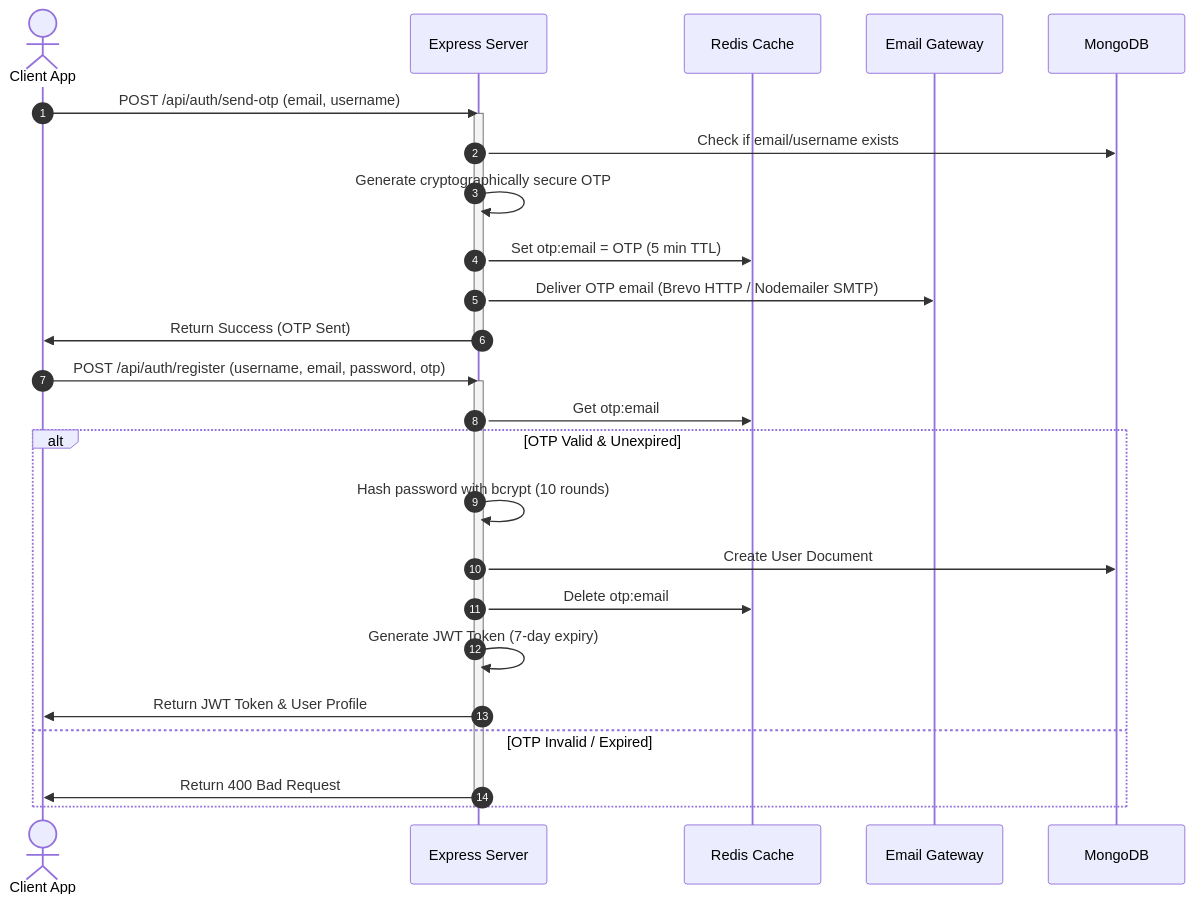
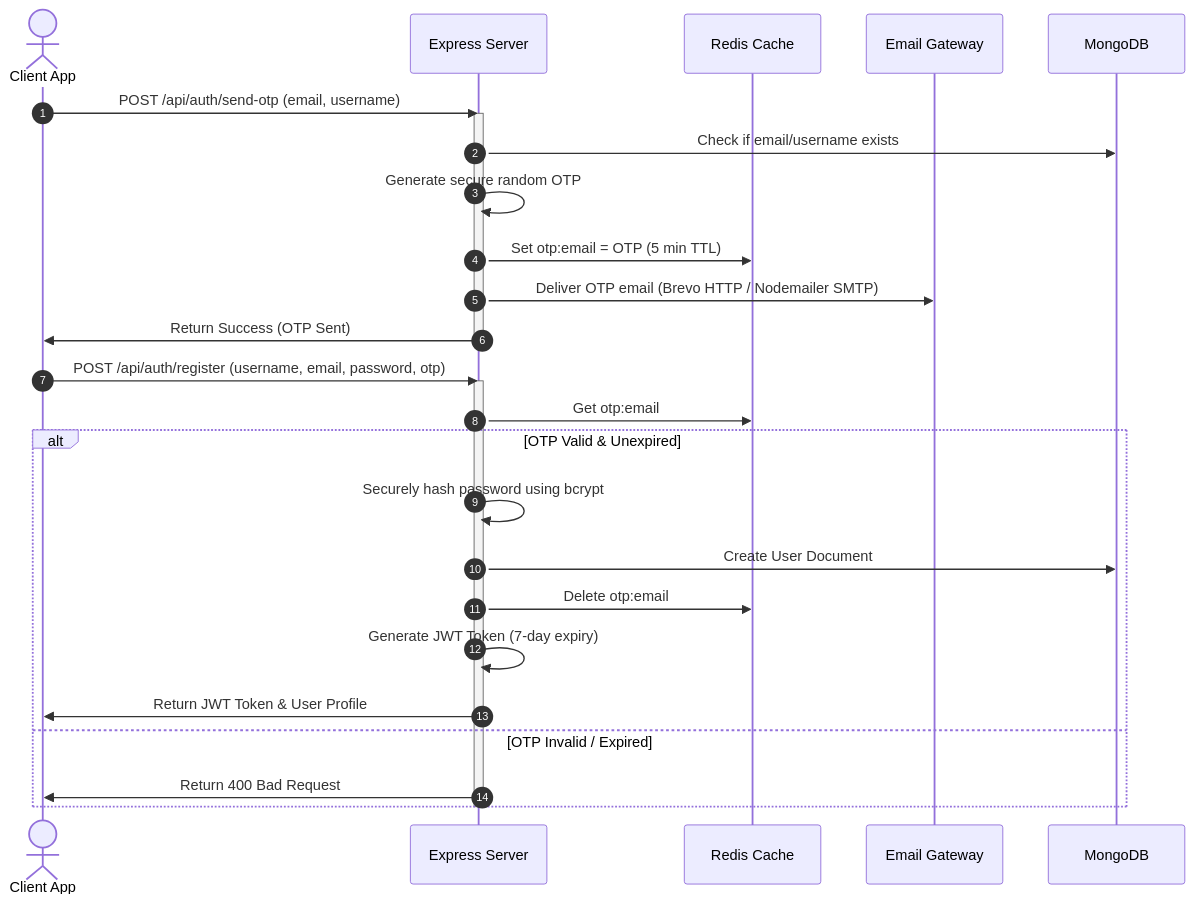
One commit to SABARITHAN-P/vertex-connect changed the diagram in docs/authentication.md. Above: the diagram before and after it, drawn with Mermaid. The commit also changed other lines of this file and 10 other files, not shown here.

````diff
--- a/docs/authentication.md
+++ b/docs/authentication.md
@@ -11,33 +11,33 @@
 ```mermaid
 sequenceDiagram
     autonumber
     actor User as Client App
     participant Server as Express Server
     participant Redis as Redis Cache
     participant Email as Email Gateway
     participant DB as MongoDB
     
     User->>Server: POST /api/auth/send-otp (email, username)
     activate Server
     Server->>DB: Check if email/username exists
-    Server->>Server: Generate cryptographically secure OTP
+    Server->>Server: Generate secure random OTP
     Server->>Redis: Set otp:email = OTP (5 min TTL)
     Server->>Email: Deliver OTP email (Brevo HTTP / Nodemailer SMTP)
 
     Server->>User: Return Success (OTP Sent)
     deactivate Server
     
     User->>Server: POST /api/auth/register (username, email, password, otp)
     activate Server
     Server->>Redis: Get otp:email
     alt OTP Valid & Unexpired
-        Server->>Server: Hash password with bcrypt (10 rounds)
+        Server->>Server: Securely hash password using bcrypt
         Server->>DB: Create User Document
         Server->>Redis: Delete otp:email
         Server->>Server: Generate JWT Token (7-day expiry)
         Server->>User: Return JWT Token & User Profile
     else OTP Invalid / Expired
         Server->>User: Return 400 Bad Request
     end
     deactivate Server
 ```
````
